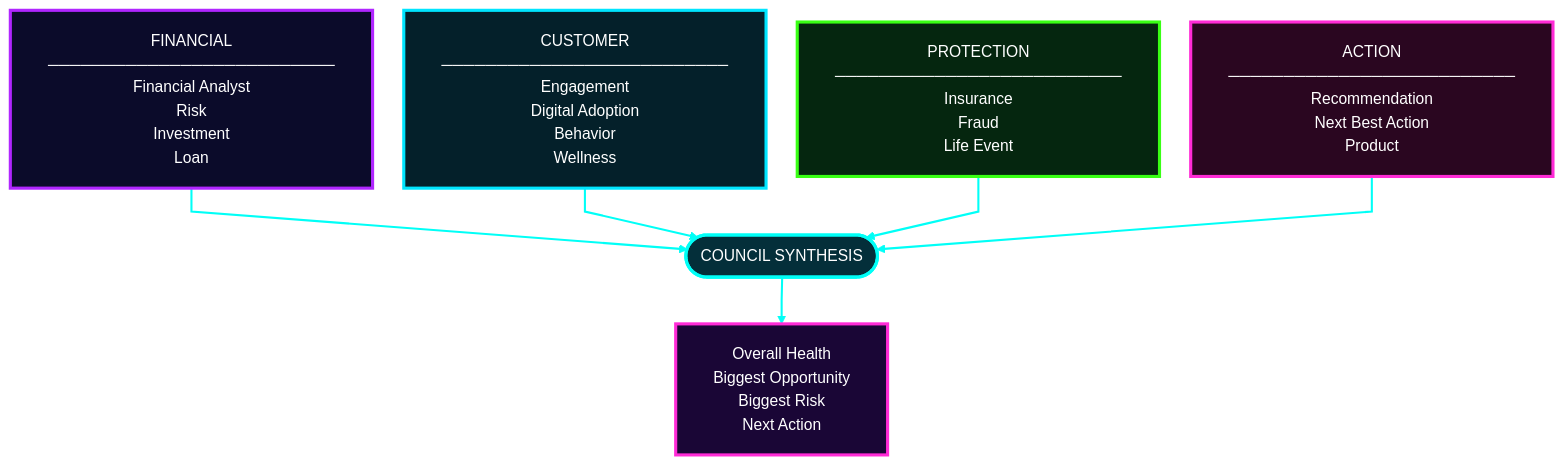
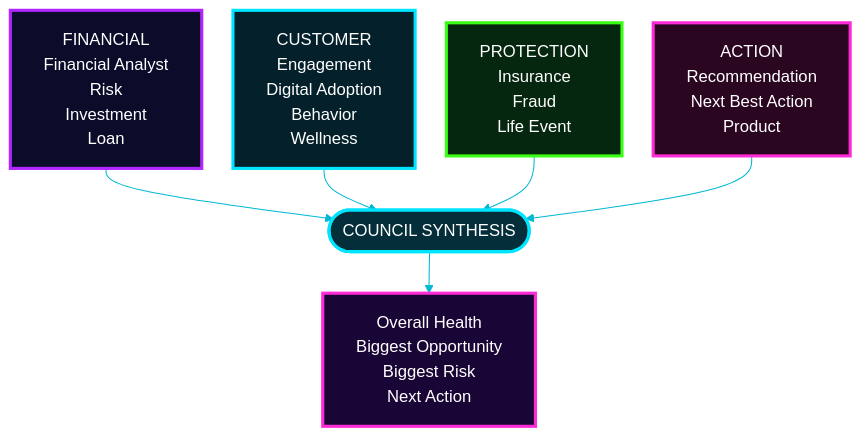
Before and after one commit to Mansi232323/MANSHORA: diagram 11 of 17 in README.md, drawn with Mermaid. The commit also changed other lines of this file, not shown here.

````diff
--- a/README.md
+++ b/README.md
@@ -402,26 +392,25 @@
 ```mermaid
-%%{init: {'theme':'base','themeVariables':{'fontSize':'15px','fontFamily':'Arial, Helvetica, sans-serif','primaryColor':'#0b0b2a','primaryTextColor':'#ffffff','primaryBorderColor':'#b026ff','lineColor':'#00fff7','textColor':'#ffffff','edgeLabelBackground':'#0b0b2a'},'flowchart':{'htmlLabels':false,'nodeSpacing':30,'rankSpacing':45,'padding':18,'curve':'linear'}}}%%
+%%{init: {'theme':'base','themeVariables':{'fontSize':'16px','fontFamily':'Arial, Helvetica, sans-serif','primaryColor':'#0b0b2a','primaryTextColor':'#ffffff','primaryBorderColor':'#b026ff','lineColor':'#00b8d4','textColor':'#ffffff','edgeLabelBackground':'#0b0b2a'},'flowchart':{'htmlLabels':true,'nodeSpacing':30,'rankSpacing':40,'padding':16,'curve':'basis','wrappingWidth':240,'useMaxWidth':true}}}%%
 flowchart TB
-    G1["FINANCIAL<br/>──────────────────────────<br/>Financial Analyst<br/>Risk<br/>Investment<br/>Loan"]
-    G2["CUSTOMER<br/>──────────────────────────<br/>Engagement<br/>Digital Adoption<br/>Behavior<br/>Wellness"]
-    G3["PROTECTION<br/>──────────────────────────<br/>Insurance<br/>Fraud<br/>Life Event"]
-    G4["ACTION<br/>──────────────────────────<br/>Recommendation<br/>Next Best Action<br/>Product"]
+    G1["FINANCIAL<br/>Financial Analyst<br/>Risk<br/>Investment<br/>Loan"]
+    G2["CUSTOMER<br/>Engagement<br/>Digital Adoption<br/>Behavior<br/>Wellness"]
+    G3["PROTECTION<br/>Insurance<br/>Fraud<br/>Life Event"]
+    G4["ACTION<br/>Recommendation<br/>Next Best Action<br/>Product"]
     G1 --> S
     G2 --> S
     G3 --> S
     G4 --> S
     S(["COUNCIL SYNTHESIS"]) --> R["Overall Health<br/>Biggest Opportunity<br/>Biggest Risk<br/>Next Action"]
     classDef g1 fill:#0b0b2a,stroke:#b026ff,stroke-width:3px,color:#ffffff
     classDef g2 fill:#04202a,stroke:#00e5ff,stroke-width:3px,color:#ffffff
     classDef g3 fill:#05260f,stroke:#39ff14,stroke-width:3px,color:#ffffff
     classDef g4 fill:#2a0620,stroke:#ff2bd6,stroke-width:3px,color:#ffffff
-    classDef core fill:#042f3a,stroke:#00fff7,stroke-width:3px,color:#ffffff
+    classDef core fill:#042f3a,stroke:#00e5ff,stroke-width:3px,color:#ffffff
     classDef out fill:#1a0636,stroke:#ff2bd6,stroke-width:3px,color:#ffffff
     class G1 g1
     class G2 g2
     class G3 g3
     class G4 g4
     class S core
     class R out
-    linkStyle default fill:none,stroke:#00fff7,stroke-width:2px
 ```
````
